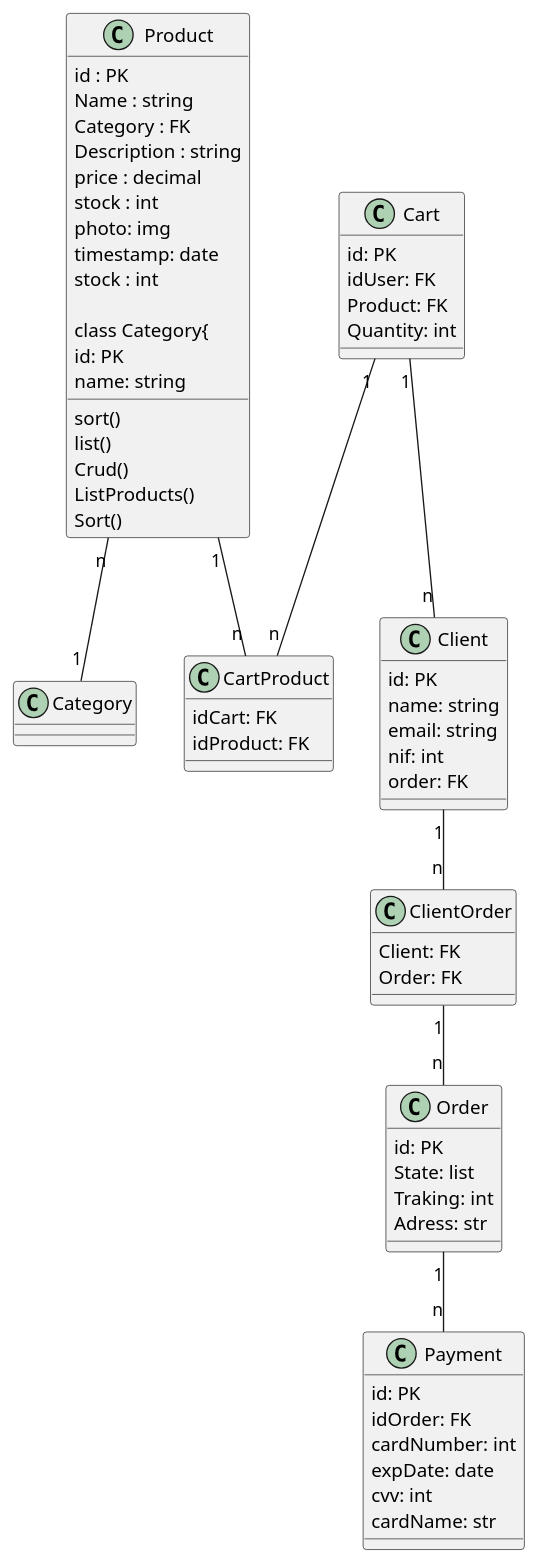
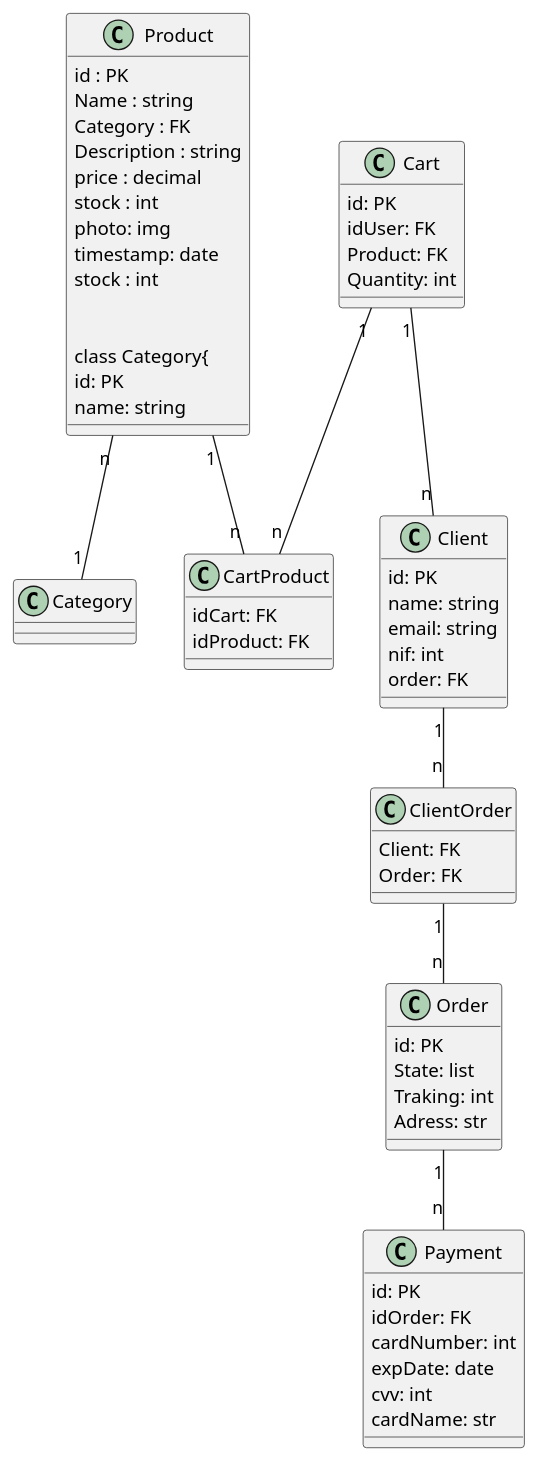
Before and after one commit to migas553/ProjetoFinal: the diagram in classes.plantuml, drawn with PlantUML. The commit also changed 6 other files, not shown here.

```diff
--- a/classes.plantuml
+++ b/classes.plantuml
@@ -1,74 +1,70 @@
 @startuml Farmacia
 
 class Product{
     id : PK
     Name : string
     Category : FK
     Description : string
     price : decimal
     stock : int
     photo: img
-    timestamp: date
-    sort()
-    list()    
+    timestamp: date   
     stock : int 
-    Crud()
-    ListProducts()
-    Sort()
+
 
 class Category{
     id: PK
     name: string
 }
 
 class Client{
     id: PK
     name: string
     email: string
     nif: int
     order: FK
     
 }
 class Order{
     id: PK
     State: list
     Traking: int
     Adress: str
     
 }
 class ClientOrder{
     Client: FK
     Order: FK
 }
 
 class Cart{
     id: PK
     idUser: FK
     Product: FK
     Quantity: int
 }
 
 class CartProduct{
     idCart: FK
     idProduct: FK
 }
 
 class Payment{
     id: PK
     idOrder: FK
     cardNumber: int
     expDate: date
     cvv: int
     cardName: str
 
 } 
 
 Order "1" -- "n" Payment
 Product "1" -- "n" CartProduct
 Product "n" -- "1" Category
 Cart "1" -- "n" CartProduct
 Cart "1" -- "n" Client
 Client "1" -- "n" ClientOrder
 ClientOrder "1" -- "n" Order
 
 @enduml
```
